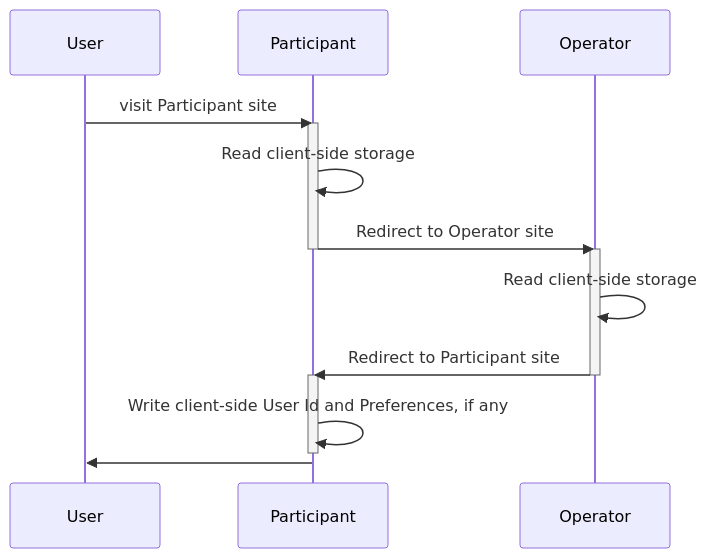
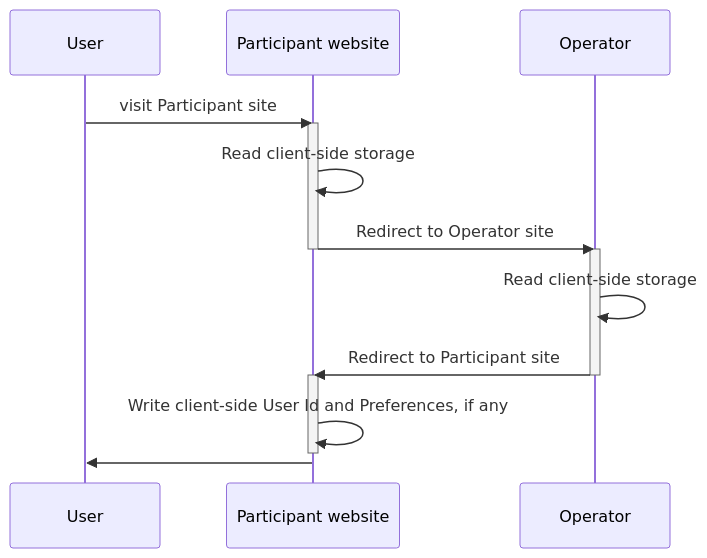
One commit to OneKey-Network/addressability-framework changed the first of 2 diagrams in mvp-spec/workflows.md. Above: the diagram before and after it, drawn with Mermaid. The commit also changed other lines of this file, not shown here.

````diff
--- a/mvp-spec/workflows.md
+++ b/mvp-spec/workflows.md
@@ -14,25 +14,25 @@
 ```mermaid
 sequenceDiagram
 participant U as User
-participant P as Participant 
+participant P as Participant website
 participant O as Operator
 
     U ->> P: visit Participant site
 
     activate P
     P ->> P: Read client-side storage
     P ->> O: Redirect to Operator site
     deactivate P
 
     activate O
     O ->> O: Read client-side storage
     O ->> P: Redirect to Participant site
     deactivate O 
 
     activate P
     P ->> P: Write client-side User Id and Preferences, if any
     deactivate P
 
     P ->> U: 
 
 ```
````
